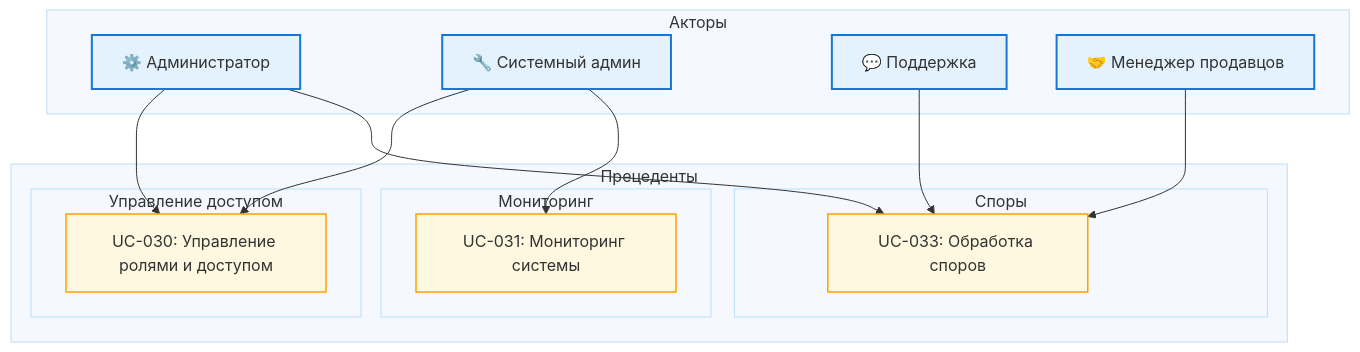
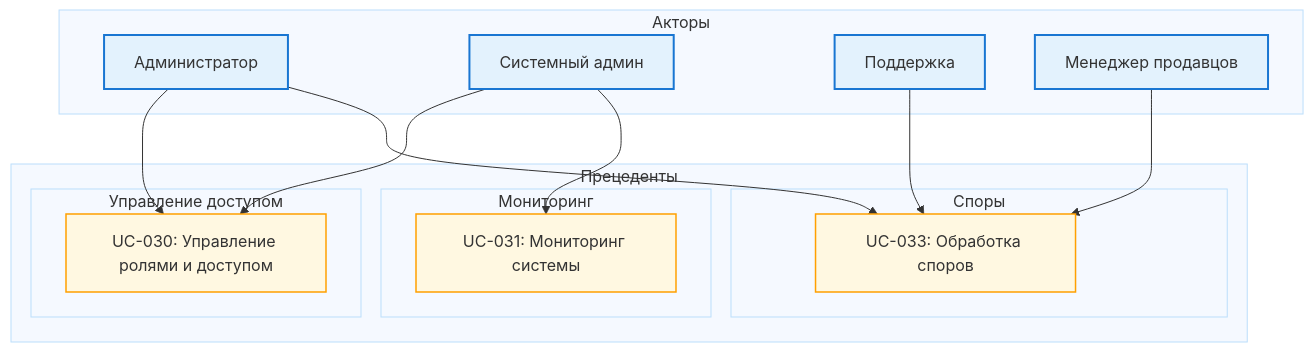
Before and after one commit to nnd2023/marketplace-project: the diagram in Диаграммы прецендентов/Диаграмма Администрирования.md, drawn with Mermaid.

Commit message:
docs: Updating the text

````diff
--- a/Диаграммы прецендентов/Диаграмма Администрирования.md
+++ b/Диаграммы прецендентов/Диаграмма Администрирования.md
@@ -3,41 +3,41 @@
 ```mermaid
 flowchart TB
     subgraph Actors["Акторы"]
-        A14["⚙️ Администратор"]
-        A12["🔧 Системный админ"]
-        A7["💬 Поддержка"]
-        A8["🤝 Менеджер продавцов"]
+        A14["Администратор"]
+        A12["Системный админ"]
+        A7["Поддержка"]
+        A8["Менеджер продавцов"]
     end
     
     subgraph UC["Прецеденты"]
         subgraph C1["Управление доступом"]
             UC030["UC-030: Управление ролями и доступом"]
         end
         
         subgraph C2["Мониторинг"]
             UC031["UC-031: Мониторинг системы"]
         end
         
         subgraph C3["Споры"]
             UC033["UC-033: Обработка споров"]
         end
     end
     
     A14 --> UC030
     A14 --> UC033
     
     A12 --> UC030
     A12 --> UC031
     
     A7 --> UC033
     
     A8 --> UC033
     
     classDef actor fill:#e3f2fd,stroke:#1976d2,stroke-width:2px
     classDef group fill:#f5f9ff,stroke:#bbdefb
     classDef usecase fill:#fff8e1,stroke:#ffa000,stroke-width:1.5px
     
     class Actors,UC,C1,C2,C3 group
     class A14,A12,A7,A8 actor
     class UC030,UC031,UC033 usecase
 ```
````
